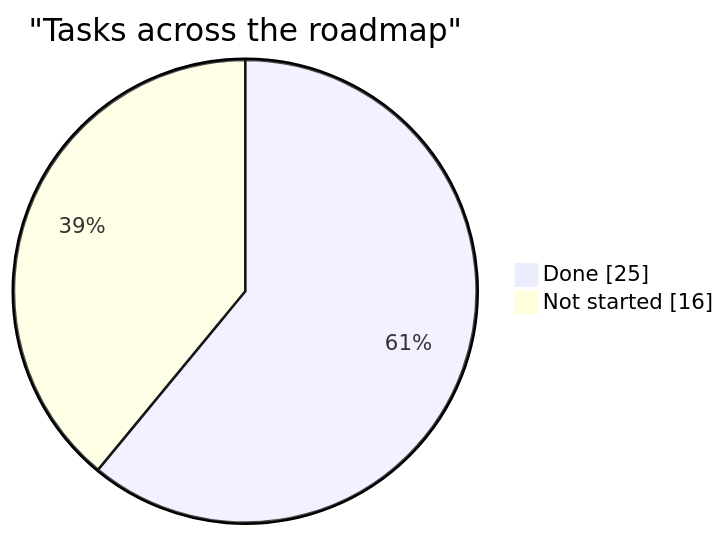
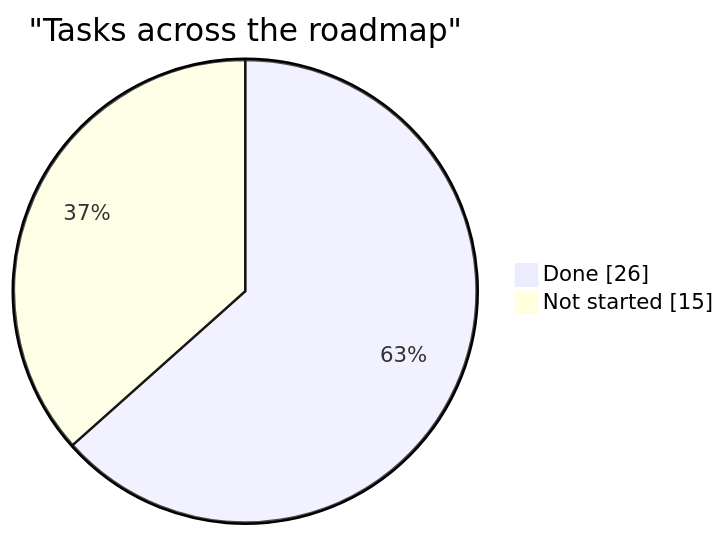
Before and after one commit to AdamClemens/PyFlow: the diagram in docs/planning/status.md, drawn with Mermaid. The commit also changed other lines of this file and 24 other files, not shown here.

````diff
--- a/docs/planning/status.md
+++ b/docs/planning/status.md
@@ -21,6 +21,6 @@
 ```mermaid
 pie showData
     title "Tasks across the roadmap"
-    "Done" : 25
-    "Not started" : 16
+    "Done" : 26
+    "Not started" : 15
 ```
````
